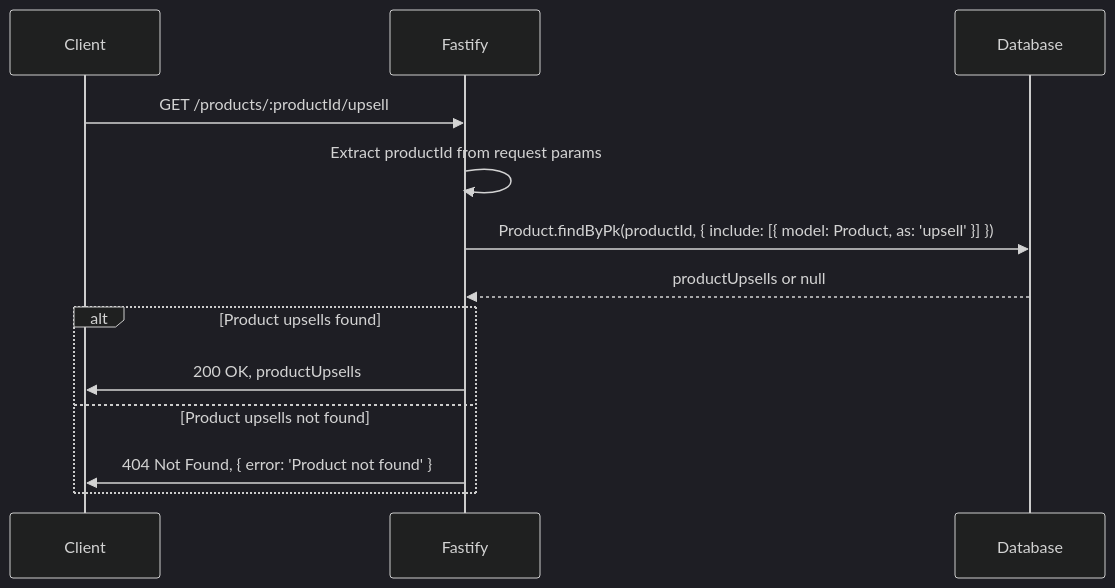
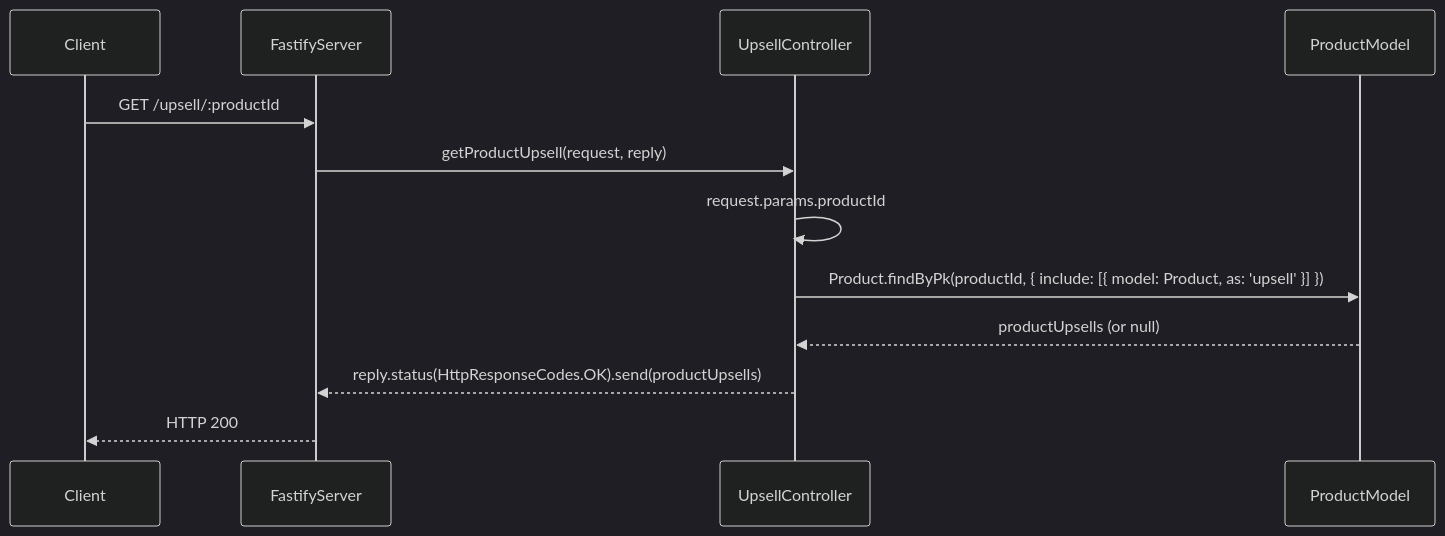
Before and after one commit to JohnsonJay/pos: the second of 3 diagrams in src/modules/upsell/README.md, drawn with Mermaid (dark theme). The commit also changed other lines of this file, not shown here.

Commit message:
sequence diagrams for upsell module

````diff
--- a/src/modules/upsell/README.md
+++ b/src/modules/upsell/README.md
@@ -32,17 +26,15 @@
 ```mermaid
 sequenceDiagram
     participant Client
-    participant Fastify
-    participant Database
+    participant FastifyServer
+    participant UpsellController
+    participant ProductModel
 
-    Client->>Fastify: GET /products/:productId/upsell
-    Fastify->>Fastify: Extract productId from request params
-    Fastify->>Database: Product.findByPk(productId, { include: [{ model: Product, as: 'upsell' }] })
-    Database-->>Fastify: productUpsells or null
-    alt Product upsells found
-        Fastify->>Client: 200 OK, productUpsells
-    else Product upsells not found
-        Fastify->>Client: 404 Not Found, { error: 'Product not found' }
-    end
-
+    Client->>FastifyServer: GET /upsell/:productId
+    FastifyServer->>UpsellController: getProductUpsell(request, reply)
+    UpsellController->>UpsellController: request.params.productId
+    UpsellController->>ProductModel: Product.findByPk(productId, { include: [{ model: Product, as: 'upsell' }] })
+    ProductModel-->>UpsellController: productUpsells (or null)
+    UpsellController-->>FastifyServer: reply.status(HttpResponseCodes.OK).send(productUpsells)
+    FastifyServer-->>Client: HTTP 200
 ```
````
